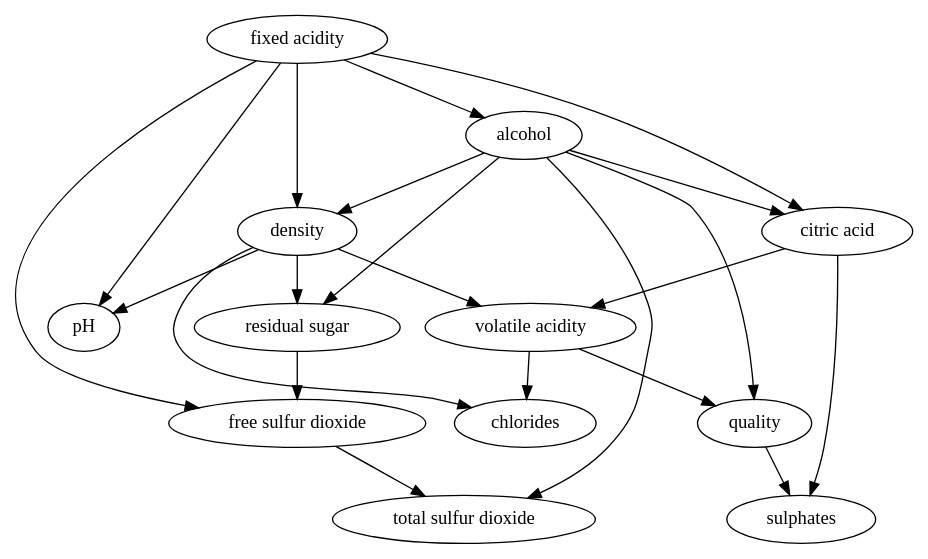
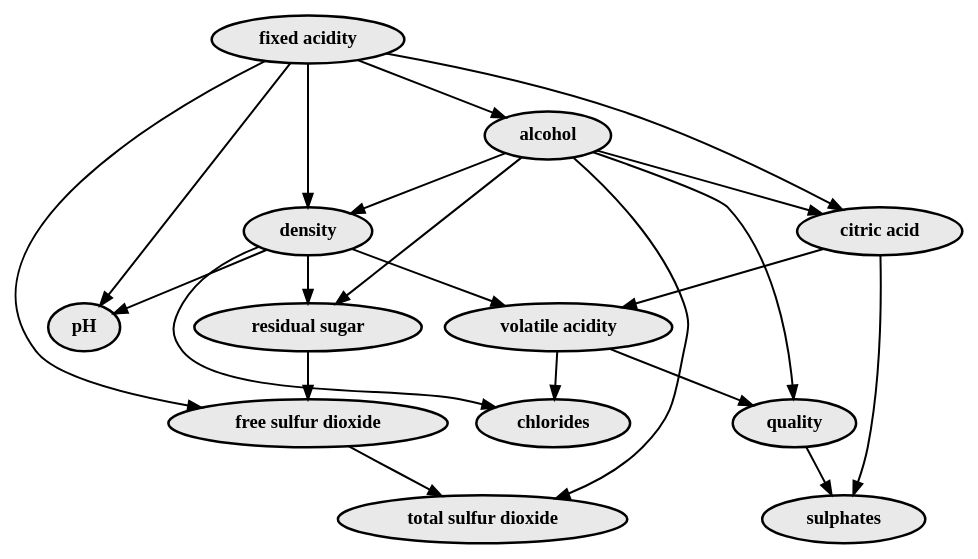
One commit to MLasserre/otagrum-experiments changed the diagram in uci_ml_repository/wine/results/structures/cbic_dag.dot. Above: the diagram before and after it, drawn with Graphviz. The commit also changed 10 other files, not shown here.

```diff
--- a/uci_ml_repository/wine/results/structures/cbic_dag.dot
+++ b/uci_ml_repository/wine/results/structures/cbic_dag.dot
@@ -1,23 +1,25 @@
 digraph {
+    node [style=filled, fillcolor="#E9E9E9", penwidth=1.875, fontsize=14, fontname="times-bold"]
+    edge [penwidth=1.5]
     "fixed acidity"->"pH"
     "fixed acidity"->"density"
     "fixed acidity"->"citric acid"
     "fixed acidity"->"free sulfur dioxide"
     "fixed acidity"->"alcohol"
     "alcohol"->"quality"
     "alcohol"->"residual sugar"
     "alcohol"->"total sulfur dioxide"
     "alcohol"->"density"
     "alcohol"->"citric acid"
     "citric acid"->"volatile acidity"
     "citric acid"->"sulphates"
     "density"->"residual sugar"
     "density"->"pH"
     "density"->"volatile acidity"
     "density"->"chlorides"
     "volatile acidity"->"quality"
     "volatile acidity"->"chlorides"
     "quality"->"sulphates"
     "residual sugar"->"free sulfur dioxide"
     "free sulfur dioxide"->"total sulfur dioxide"
 }
```
